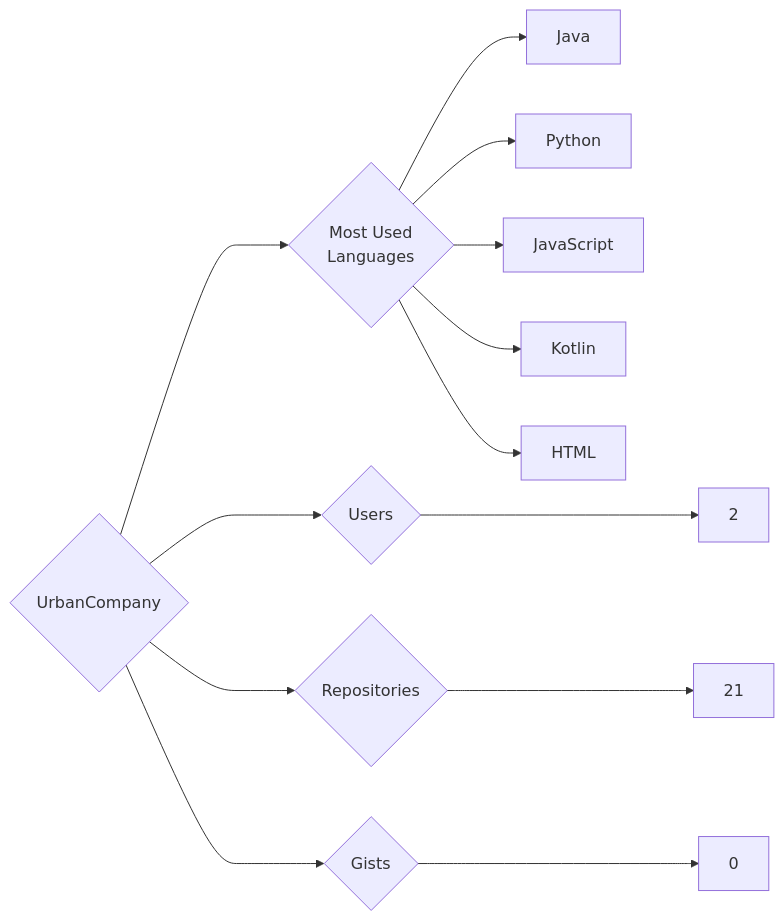
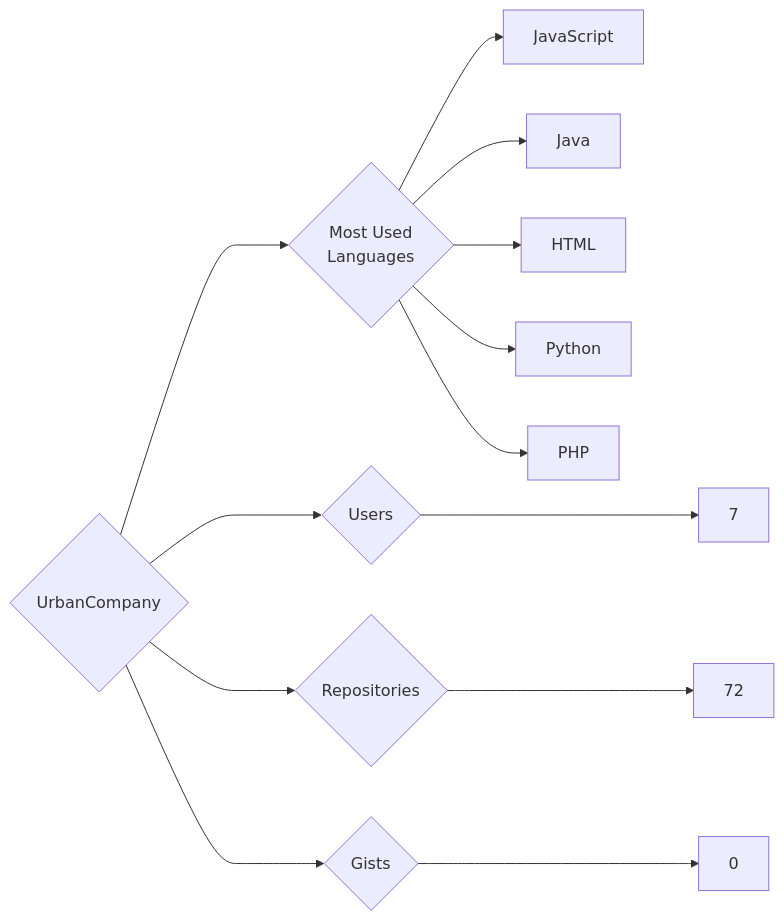
The diagram in targets/UrbanCompany/README.md (trickest/insiders), drawn with Mermaid before and after one commit. The commit also changed 972 other files, not shown here.

````diff
--- a/targets/UrbanCompany/README.md
+++ b/targets/UrbanCompany/README.md
@@ -3,13 +3,13 @@
 ```mermaid
 graph LR
 COMPANY_NAME{UrbanCompany}
-COMPANY_NAME ---> U{Users} ---> UN[2]
-COMPANY_NAME ---> R{Repositories} ---> RN[21]
+COMPANY_NAME ---> U{Users} ---> UN[7]
+COMPANY_NAME ---> R{Repositories} ---> RN[72]
 COMPANY_NAME ---> G{Gists} ---> GN[0]
 COMPANY_NAME ---> ML{Most Used<br>Languages}
+ML --> JavaScript[JavaScript]
 ML --> Java[Java]
+ML --> HTML[HTML]
 ML --> Python[Python]
-ML --> JavaScript[JavaScript]
-ML --> Kotlin[Kotlin]
-ML --> HTML[HTML]
+ML --> PHP[PHP]
 ```
````
